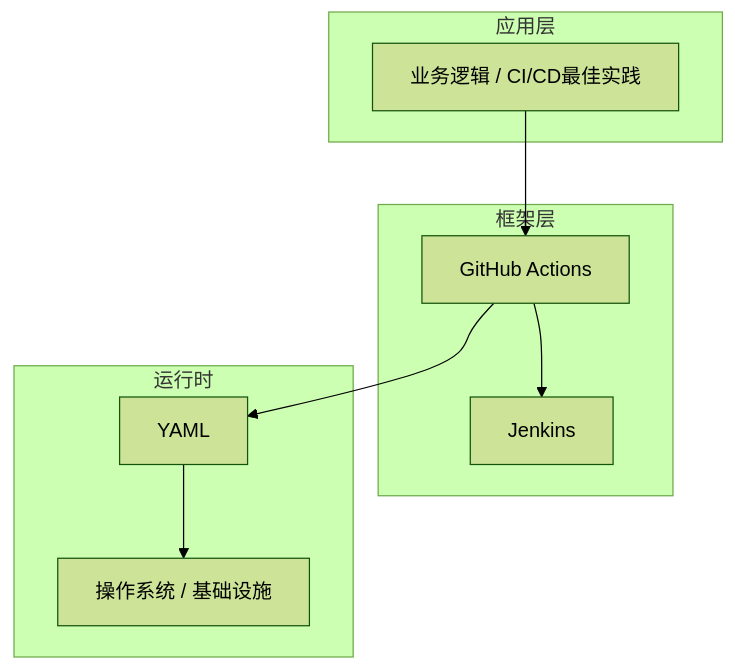
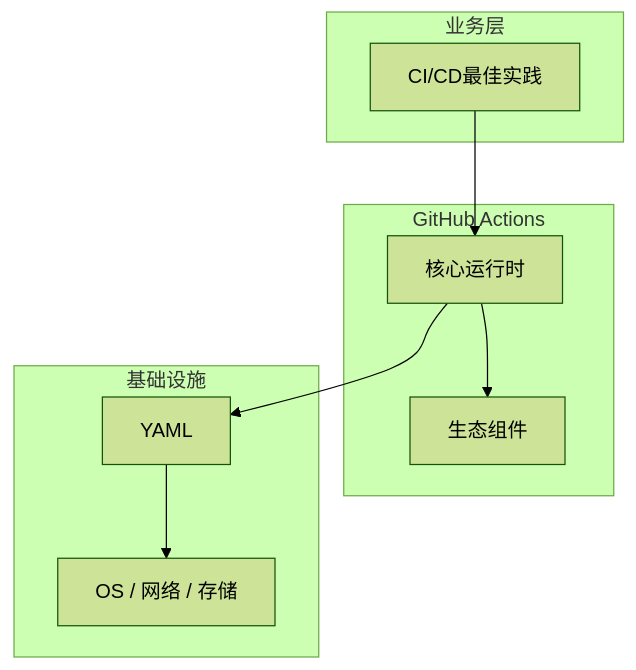
Before and after one commit to yanggan2015/knowledge-json-v2: the diagram in articles/CI与CD/chapters/076-CICD最佳实践核心概念与原理.md, drawn with Mermaid (forest theme). The commit also changed other lines of this file and 10127 other files, not shown here.

````diff
--- a/articles/CI与CD/chapters/076-CICD最佳实践核心概念与原理.md
+++ b/articles/CI与CD/chapters/076-CICD最佳实践核心概念与原理.md
@@ -45,18 +34,18 @@
 ```mermaid
 graph TB
-    subgraph 应用层
-        A[业务逻辑 / CI/CD最佳实践]
+    subgraph 业务层
+        A[CI/CD最佳实践]
     end
-    subgraph 框架层
-        B[GitHub Actions]
-        C[Jenkins]
+    subgraph GitHub Actions
+        B[核心运行时]
+        C[生态组件]
     end
-    subgraph 运行时
+    subgraph 基础设施
         D[YAML]
-        E[操作系统 / 基础设施]
+        E[OS / 网络 / 存储]
     end
     A --> B
     B --> C
     B --> D
     D --> E
 ```
````
